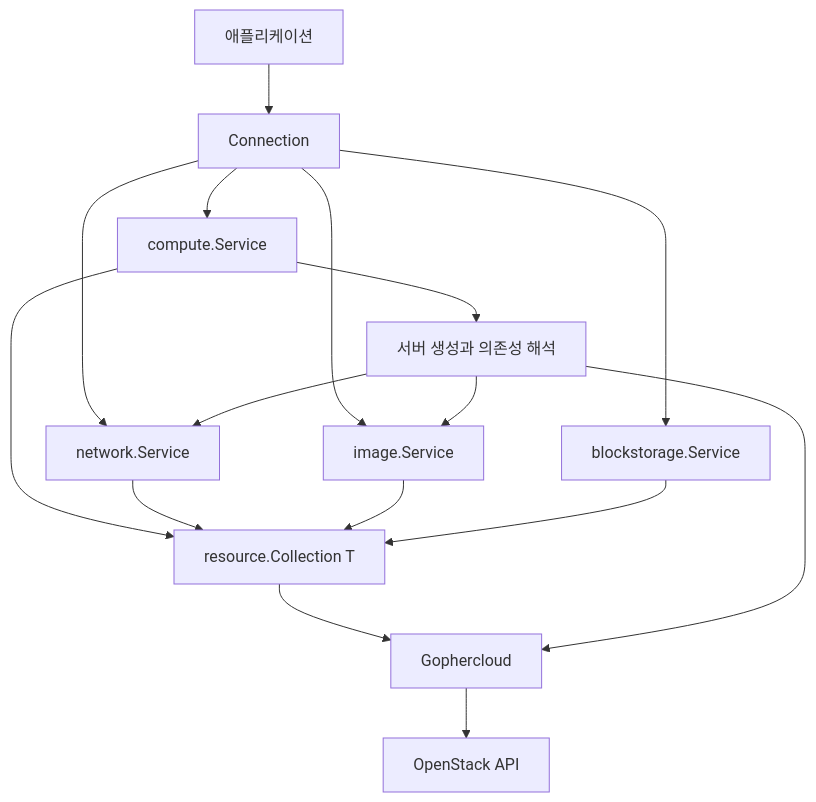
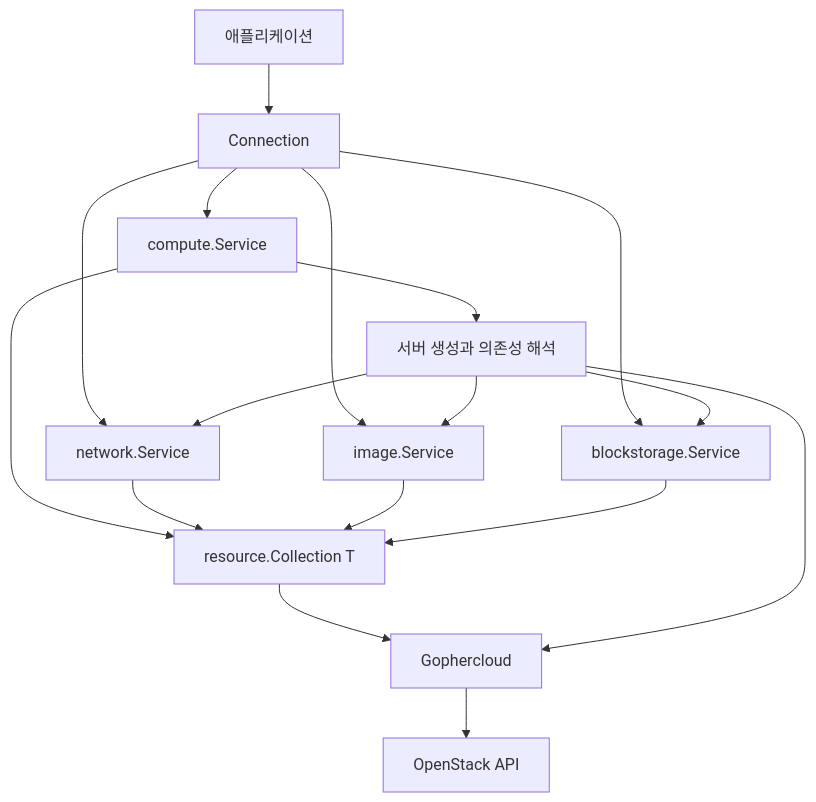
Before and after one commit to JSYoo5B/go-openstacksdk: the diagram in docs/design.md, drawn with Mermaid. The commit also changed other lines of this file and 2 other files, not shown here.

Commit message:
docs: refresh SDK architecture and validation scope

````diff
--- a/docs/design.md
+++ b/docs/design.md
@@ -7,18 +7,19 @@
 ```mermaid
 flowchart TD
     Application[애플리케이션] --> Connection
     Connection --> Compute[compute.Service]
     Connection --> Network[network.Service]
     Connection --> Image[image.Service]
     Connection --> Storage[blockstorage.Service]
     Compute --> Collections[resource.Collection T]
     Network --> Collections
     Image --> Collections
     Storage --> Collections
     Compute --> Workflow[서버 생성과 의존성 해석]
     Workflow --> Image
     Workflow --> Network
+    Workflow --> Storage
     Collections --> Gophercloud
     Workflow --> Gophercloud
     Gophercloud --> OpenStack[OpenStack API]
 ```
````
